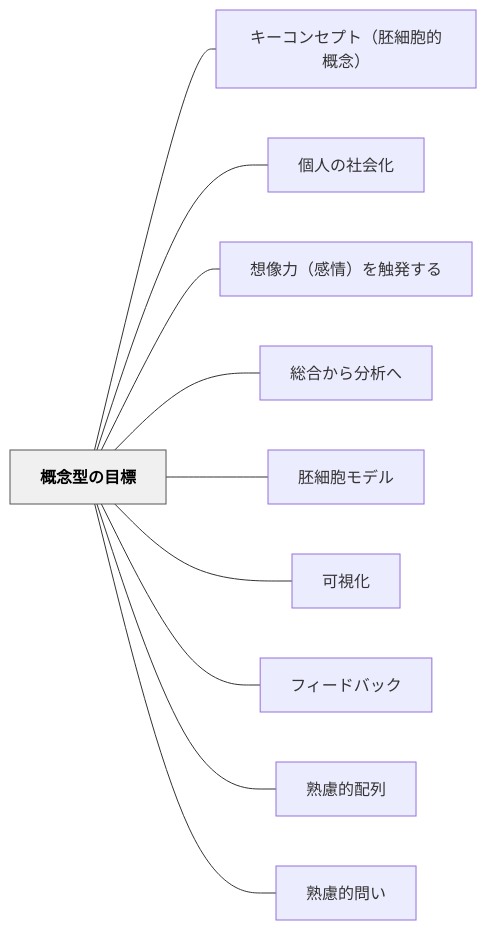
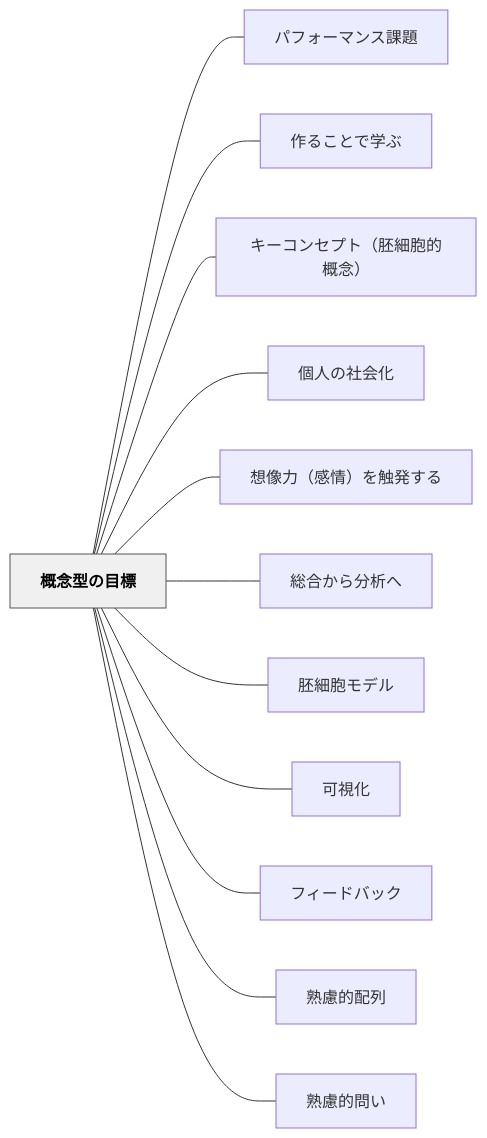
One commit to unknownthings-ed-patterns/unknownthings-ed-patterns changed the diagram in content/パタン/概念型の目標.md. Above: the diagram before and after it, drawn with Mermaid. The commit also changed other lines of this file and 100 other files, not shown here.

````diff
--- a/content/パタン/概念型の目標.md
+++ b/content/パタン/概念型の目標.md
@@ -151,26 +153,30 @@
 ```mermaid
 flowchart LR
     ne6a682e5bfb5e59e8be381aee79baee6a899["概念型の目標"]
+    ne38391e38395e382a9e383bce3839ee383b3e382b9e8aab2e9a18c["パフォーマンス課題"]
+    ne4bd9ce3828be38193e381a8e381a7e5ada6e381b6["作ることで学ぶ"]
     ne382ade383bce382b3e383b3e382bbe38397e38388efbc88e8839ae7b4b0e8839ee79a84e6a682e5bfb5efbc89["キーコンセプト（胚細胞的概念）"]
     ne5808be4babae381aee7a4bee4bc9ae58c96["個人の社会化"]
     ne683b3e5838fe58a9befbc88e6849fe68385efbc89e38292e8a7a6e799bae38199e3828b["想像力（感情）を触発する"]
     ne7b78fe59088e3818be38289e58886e69e90e381b8["総合から分析へ"]
     ne8839ae7b4b0e8839ee383a2e38387e383ab["胚細胞モデル"]
     ne58fafe8a696e58c96["可視化"]
     ne38395e382a3e383bce38389e38390e38383e382af["フィードバック"]
     ne7869fe685aee79a84e9858de58897["熟慮的配列"]
     ne7869fe685aee79a84e5958fe38184["熟慮的問い"]
 
+    ne6a682e5bfb5e59e8be381aee79baee6a899 --- ne38391e38395e382a9e383bce3839ee383b3e382b9e8aab2e9a18c
+    ne6a682e5bfb5e59e8be381aee79baee6a899 --- ne4bd9ce3828be38193e381a8e381a7e5ada6e381b6
     ne6a682e5bfb5e59e8be381aee79baee6a899 --- ne382ade383bce382b3e383b3e382bbe38397e38388efbc88e8839ae7b4b0e8839ee79a84e6a682e5bfb5efbc89
     ne6a682e5bfb5e59e8be381aee79baee6a899 --- ne5808be4babae381aee7a4bee4bc9ae58c96
     ne6a682e5bfb5e59e8be381aee79baee6a899 --- ne683b3e5838fe58a9befbc88e6849fe68385efbc89e38292e8a7a6e799bae38199e3828b
     ne6a682e5bfb5e59e8be381aee79baee6a899 --- ne7b78fe59088e3818be38289e58886e69e90e381b8
     ne6a682e5bfb5e59e8be381aee79baee6a899 --- ne8839ae7b4b0e8839ee383a2e38387e383ab
     ne6a682e5bfb5e59e8be381aee79baee6a899 --- ne58fafe8a696e58c96
     ne6a682e5bfb5e59e8be381aee79baee6a899 --- ne38395e382a3e383bce38389e38390e38383e382af
     ne6a682e5bfb5e59e8be381aee79baee6a899 --- ne7869fe685aee79a84e9858de58897
     ne6a682e5bfb5e59e8be381aee79baee6a899 --- ne7869fe685aee79a84e5958fe38184
 
     classDef hub fill:#f0f0f0,stroke:#555,color:#000,font-weight:bold
     class ne6a682e5bfb5e59e8be381aee79baee6a899 hub
 ```
````
